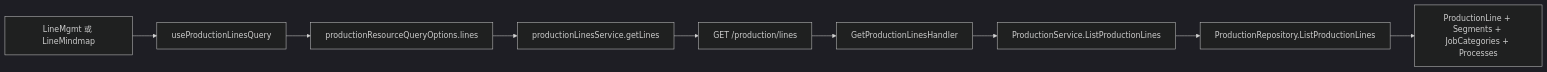
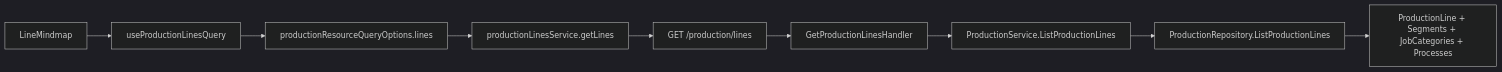
Before and after one commit to tanzanite2025/erp-mes-crm-plm: the first of 3 diagrams in docs/architecture/生产架构与委外边界设计.md, drawn with Mermaid (dark theme). The commit also changed other lines of this file and 38 other files, not shown here.

Commit message:
feat: consolidate production line management into mindmap

````diff
--- a/docs/architecture/生产架构与委外边界设计.md
+++ b/docs/architecture/生产架构与委外边界设计.md
@@ -123,11 +123,11 @@
 ```mermaid
 flowchart LR
-  A["LineMgmt 或 LineMindmap"] --> B["useProductionLinesQuery"]
+  A["LineMindmap"] --> B["useProductionLinesQuery"]
   B --> C["productionResourceQueryOptions.lines"]
   C --> D["productionLinesService.getLines"]
   D --> E["GET /production/lines"]
   E --> F["GetProductionLinesHandler"]
   F --> G["ProductionService.ListProductionLines"]
   G --> H["ProductionRepository.ListProductionLines"]
   H --> I["ProductionLine + Segments + JobCategories + Processes"]
 ```
````
